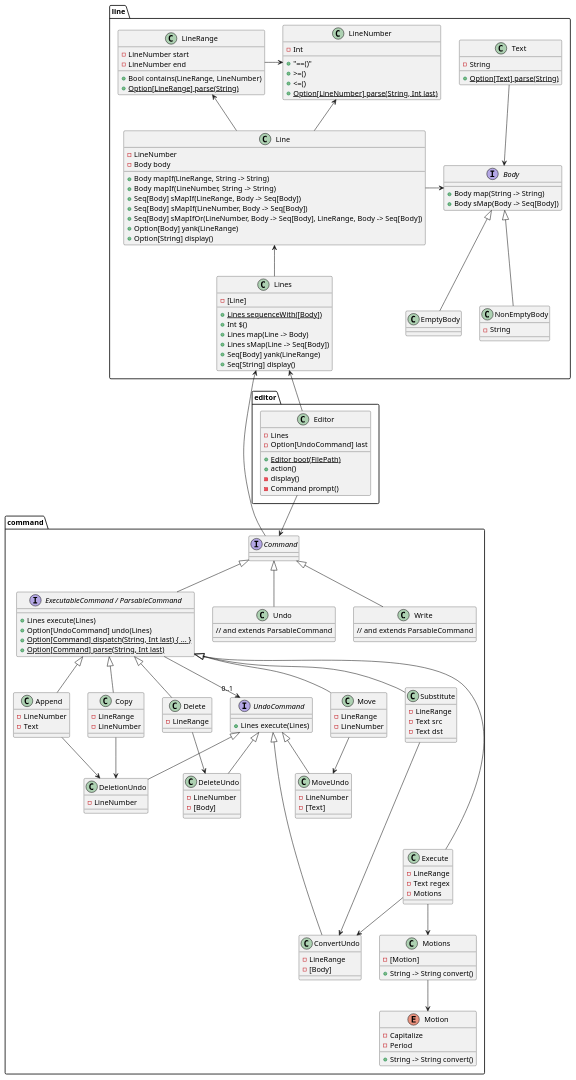
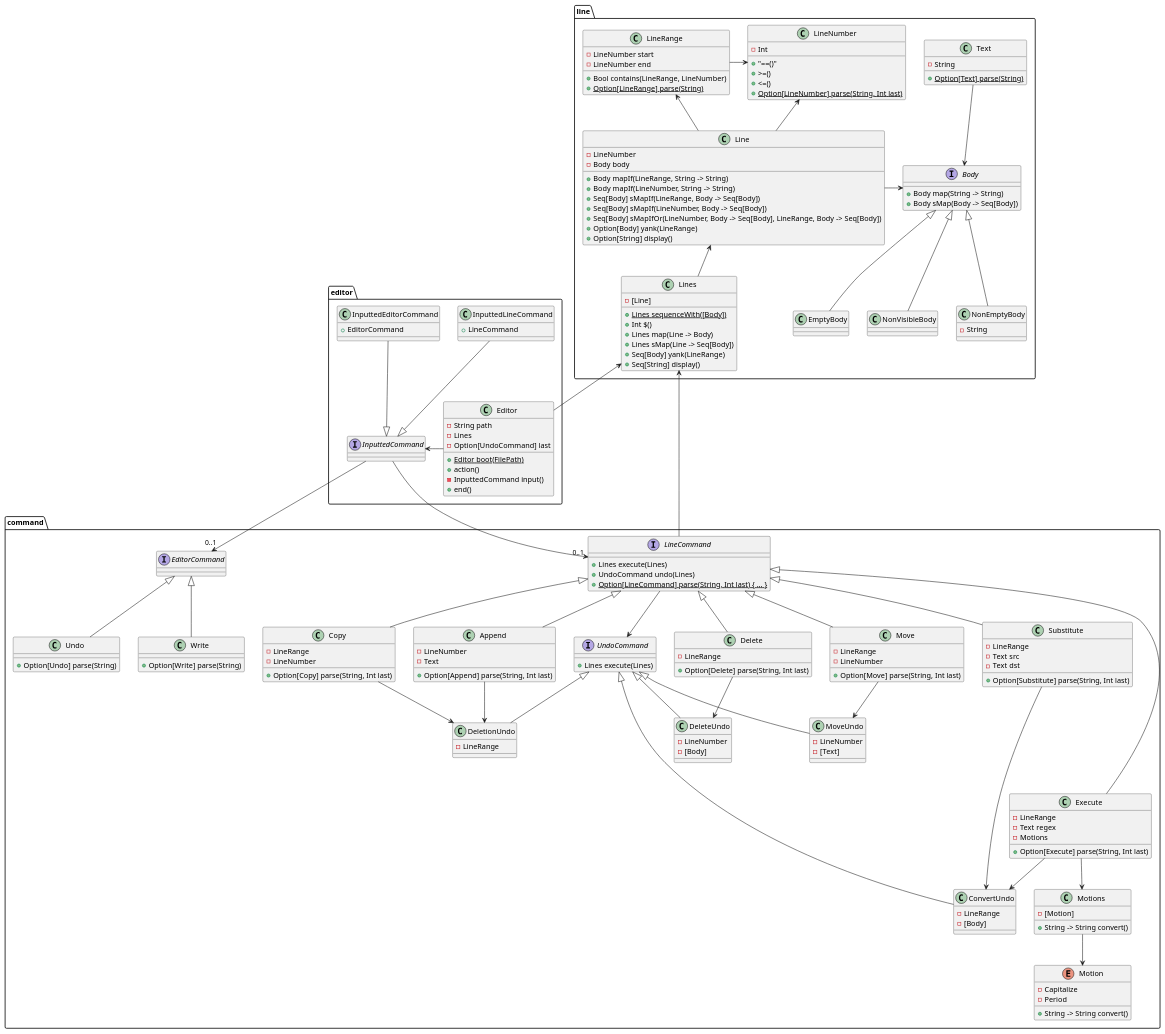
One commit to suzuki-hoge/hoge-works changed the diagram in doc/class.puml. Above: the diagram before and after it, drawn with PlantUML. The commit also changed 20 other files, not shown here.

```diff
--- a/doc/class.puml
+++ b/doc/class.puml
@@ -32,8 +32,12 @@
   class EmptyBody {
   }
 
+  class NonVisibleBody {
+  }
+
   NonEmptyBody -u-|> Body
   EmptyBody -u-|> Body
+  NonVisibleBody -u-|> Body
 
   class Text {
     - String
@@ -75,37 +79,36 @@
 }
 
 package command {
-  interface Command {
+  interface EditorCommand {
   }
 
-  interface "ExecutableCommand / ParsableCommand" as ExecutableCommand {
+  interface LineCommand {
     + Lines execute(Lines)
-    + Option[UndoCommand] undo(Lines)
-    + {static} Option[Command] dispatch(String, Int last) { ... }
-    + {static} Option[Command] parse(String, Int last)
+    + UndoCommand undo(Lines)
+    + {static} Option[LineCommand] parse(String, Int last) { ... }
   }
-
-  ExecutableCommand -u-|> Command
 
   interface UndoCommand {
     + Lines execute(Lines)
   }
 
-  ExecutableCommand -d-> "0..1" UndoCommand
+  LineCommand -d-> UndoCommand
 
   class Append {
     - LineNumber
     - Text
+    + Option[Append] parse(String, Int last)
   }
 
   class DeletionUndo {
-    - LineNumber
+    - LineRange
   }
 
   Append --> DeletionUndo
   
   class Delete {
     - LineRange
+    + Option[Delete] parse(String, Int last)
   }
 
   class DeleteUndo {
@@ -118,6 +121,7 @@
   class Move {
     - LineRange
     - LineNumber
+    + Option[Move] parse(String, Int last)
   }
 
   class MoveUndo {
@@ -130,6 +134,7 @@
   class Copy {
     - LineRange
     - LineNumber
+    + Option[Copy] parse(String, Int last)
   }
 
   Copy --> DeletionUndo
@@ -138,6 +143,7 @@
     - LineRange
     - Text src
     - Text dst
+    + Option[Substitute] parse(String, Int last)
   }
 
   class ConvertUndo {
@@ -148,13 +154,14 @@
   Substitute --> ConvertUndo
   
   class Undo {
-    // and extends ParsableCommand
+    + Option[Undo] parse(String)
   }
-  
+
   class Execute {
     - LineRange
     - Text regex
     - Motions
+    + Option[Execute] parse(String, Int last)
   }
 
   Execute --> ConvertUndo
@@ -175,41 +182,58 @@
   Motions -d-> Motion
   
   class Write {
-    // and extends ParsableCommand
+    + Option[Write] parse(String)
   }
-  
-  Append -u-|> ExecutableCommand
+
+  Append -u-|> LineCommand
   DeletionUndo -u-|> UndoCommand
-  Delete -u-|> ExecutableCommand
+  Delete -u-|> LineCommand
   DeleteUndo -u-|> UndoCommand
-  Move -u-|> ExecutableCommand
-  Copy -u-|> ExecutableCommand
+  Move -u-|> LineCommand
+  Copy -u-|> LineCommand
   MoveUndo -u-|> UndoCommand
-  Substitute -u-|> ExecutableCommand
-  Execute -u---|> ExecutableCommand
+  Substitute -u-|> LineCommand
+  Execute -u---|> LineCommand
   ConvertUndo -u-|> UndoCommand
-  Undo -u-|> Command
-  Write -u-|> Command
+  Undo -u-|> EditorCommand
+  Write -u-|> EditorCommand
   Append -[hidden]r-> Delete
   Delete -[hidden]r-> Move
   Move -[hidden]r-> Substitute
 }
 
-Command -u-> Lines
+LineCommand -u-> Lines
 
 package editor {
   class Editor {
+    - String path
     - Lines
     - Option[UndoCommand] last
 
     + {static} Editor boot(FilePath)
     + action()
-    - display()
-    - Command prompt()
+    - InputtedCommand input()
+    + end()
   }
+
+  interface InputtedCommand
+
+  class InputtedLineCommand {
+    + LineCommand
+  }
+
+  class InputtedEditorCommand {
+    + EditorCommand
+  }
+
+  InputtedLineCommand -d-|> InputtedCommand
+  InputtedEditorCommand -d-|> InputtedCommand
+
+  Editor -l-> InputtedCommand
 }
 
-Editor -d-> Command
+InputtedCommand -d-> "0..1" LineCommand
+InputtedCommand -d-> "0..1" EditorCommand
 Editor -u-> Lines
 
 @enduml
```
